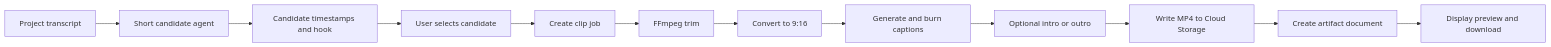
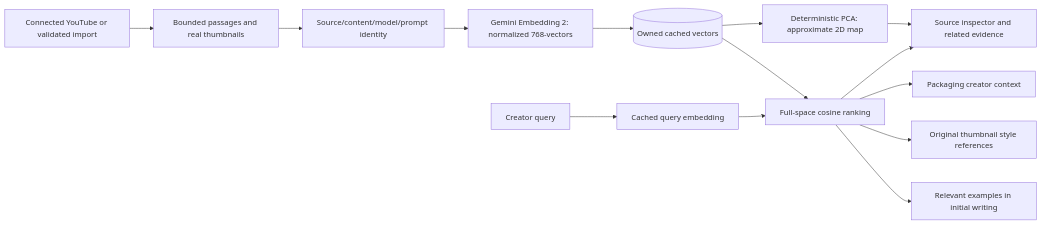
One commit to Saad-Surve/aibuildercup changed the third of 5 diagrams in docs/technical-design/diagrams.md. Above: the diagram before and after it, drawn with Mermaid. The commit also changed other lines of this file and 34 other files, not shown here.

````diff
--- a/docs/technical-design/diagrams.md
+++ b/docs/technical-design/diagrams.md
@@ -187,14 +78,16 @@
-~~~mermaid
+```mermaid
 flowchart LR
-    A[Project transcript] --> B[Short candidate agent]
-    B --> C[Candidate timestamps and hook]
-    C --> D[User selects candidate]
-    D --> E[Create clip job]
-    E --> F[FFmpeg trim]
-    F --> G[Convert to 9:16]
-    G --> H[Generate and burn captions]
-    H --> I[Optional intro or outro]
-    I --> J[Write MP4 to Cloud Storage]
-    J --> K[Create artifact document]
-    K --> L[Display preview and download]
-~~~
+    Sources[Connected YouTube or validated import] --> Passages[Bounded passages and real thumbnails]
+    Passages --> Hash[Source/content/model/prompt identity]
+    Hash --> Embed[Gemini Embedding 2: normalized 768-vectors]
+    Embed --> Saved[(Owned cached vectors)]
+    Query[Creator query] --> QCache[Cached query embedding]
+    QCache --> Cosine[Full-space cosine ranking]
+    Saved --> Cosine
+    Cosine --> Draft[Relevant examples in initial writing]
+    Cosine --> Thumbnail[Original thumbnail style references]
+    Cosine --> Package[Packaging creator context]
+    Saved --> PCA[Deterministic PCA: approximate 2D map]
+    PCA --> Inspector[Source inspector and related evidence]
+    Cosine --> Inspector
+```
````
